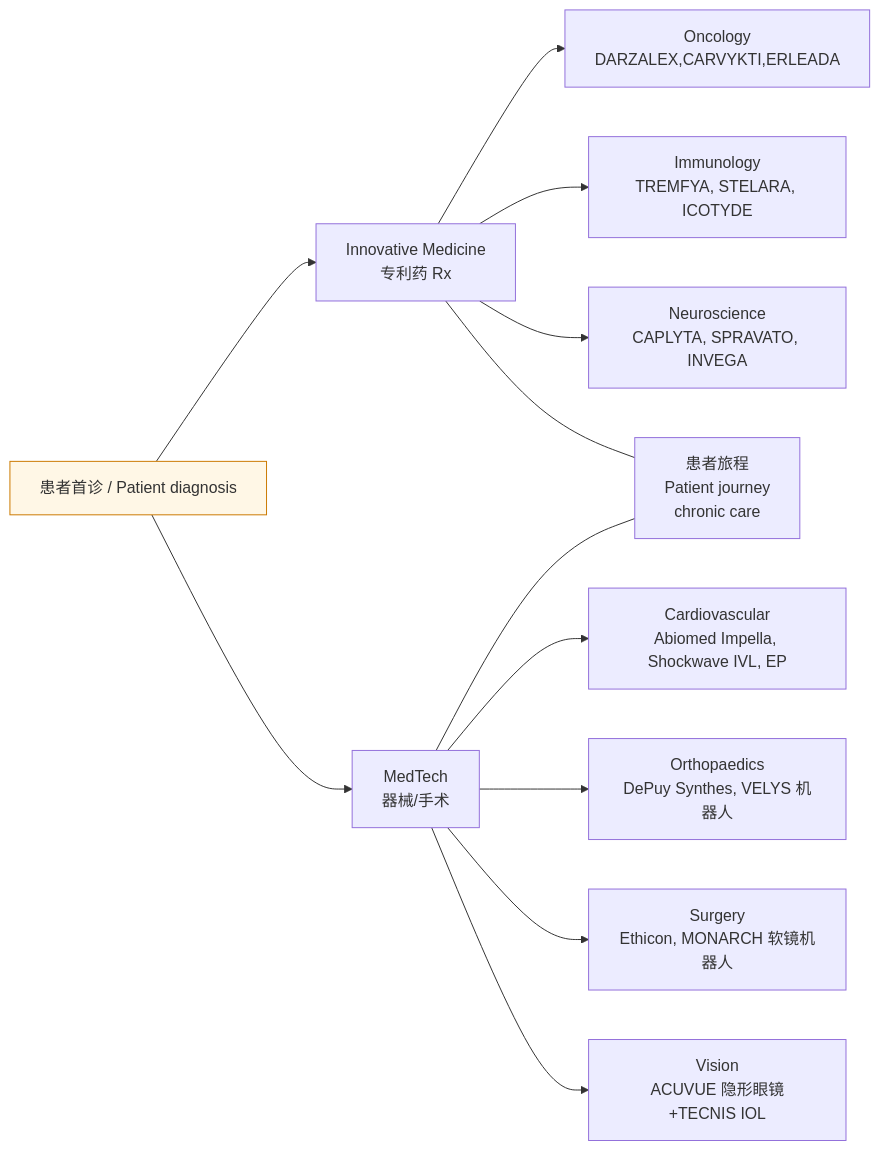
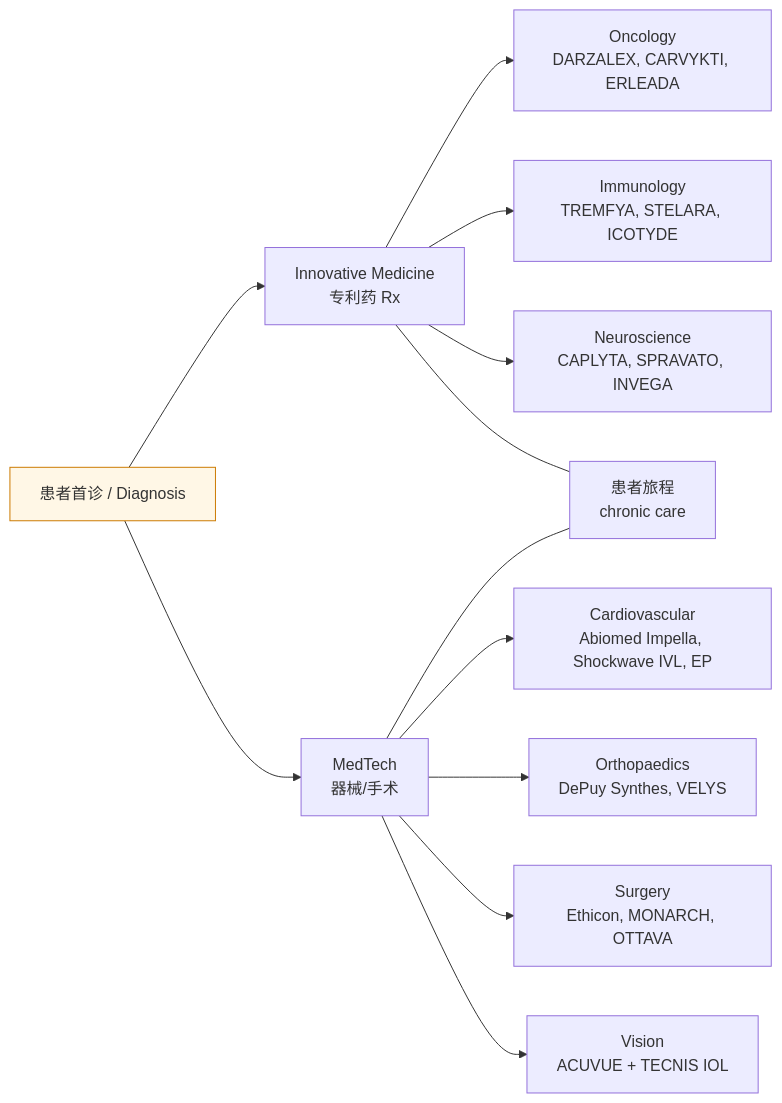
One commit to dadachundan/financial_agent changed the second of 3 diagrams in reports/company/JohnsonJohnson_NYSE_JNJ/JohnsonJohnson_NYSE_JNJ_公司研究.md. Above: the diagram before and after it, drawn with Mermaid. The commit also changed other lines of this file and 9 other files, not shown here.

First line of the commit message:
feat(company-research): refresh Johnson & Johnson (JNJ) to current spec — decision layer + 9 SVG charts

````diff
--- a/reports/company/JohnsonJohnson_NYSE_JNJ/JohnsonJohnson_NYSE_JNJ_公司研究.md
+++ b/reports/company/JohnsonJohnson_NYSE_JNJ/JohnsonJohnson_NYSE_JNJ_公司研究.md
@@ -183,15 +455,15 @@
 ```mermaid
 graph LR
-    A[患者首诊 / Patient diagnosis]:::diag --> B[Innovative Medicine<br/>专利药 Rx]
-    B --> B1[Oncology<br/>DARZALEX,CARVYKTI,ERLEADA]
+    A[患者首诊 / Diagnosis]:::diag --> B[Innovative Medicine<br/>专利药 Rx]
+    B --> B1[Oncology<br/>DARZALEX, CARVYKTI, ERLEADA]
     B --> B2[Immunology<br/>TREMFYA, STELARA, ICOTYDE]
     B --> B3[Neuroscience<br/>CAPLYTA, SPRAVATO, INVEGA]
     A --> C[MedTech<br/>器械/手术]
     C --> C1[Cardiovascular<br/>Abiomed Impella, Shockwave IVL, EP]
-    C --> C2[Orthopaedics<br/>DePuy Synthes, VELYS 机器人]
-    C --> C3[Surgery<br/>Ethicon, MONARCH 软镜机器人]
-    C --> C4[Vision<br/>ACUVUE 隐形眼镜+TECNIS IOL]
-    B --- D[患者旅程<br/>Patient journey<br/>chronic care]
+    C --> C2[Orthopaedics<br/>DePuy Synthes, VELYS]
+    C --> C3[Surgery<br/>Ethicon, MONARCH, OTTAVA]
+    C --> C4[Vision<br/>ACUVUE + TECNIS IOL]
+    B --- D[患者旅程<br/>chronic care]
     C --- D
     classDef diag fill:#fff7e6,stroke:#cc7a00
 ```
````
